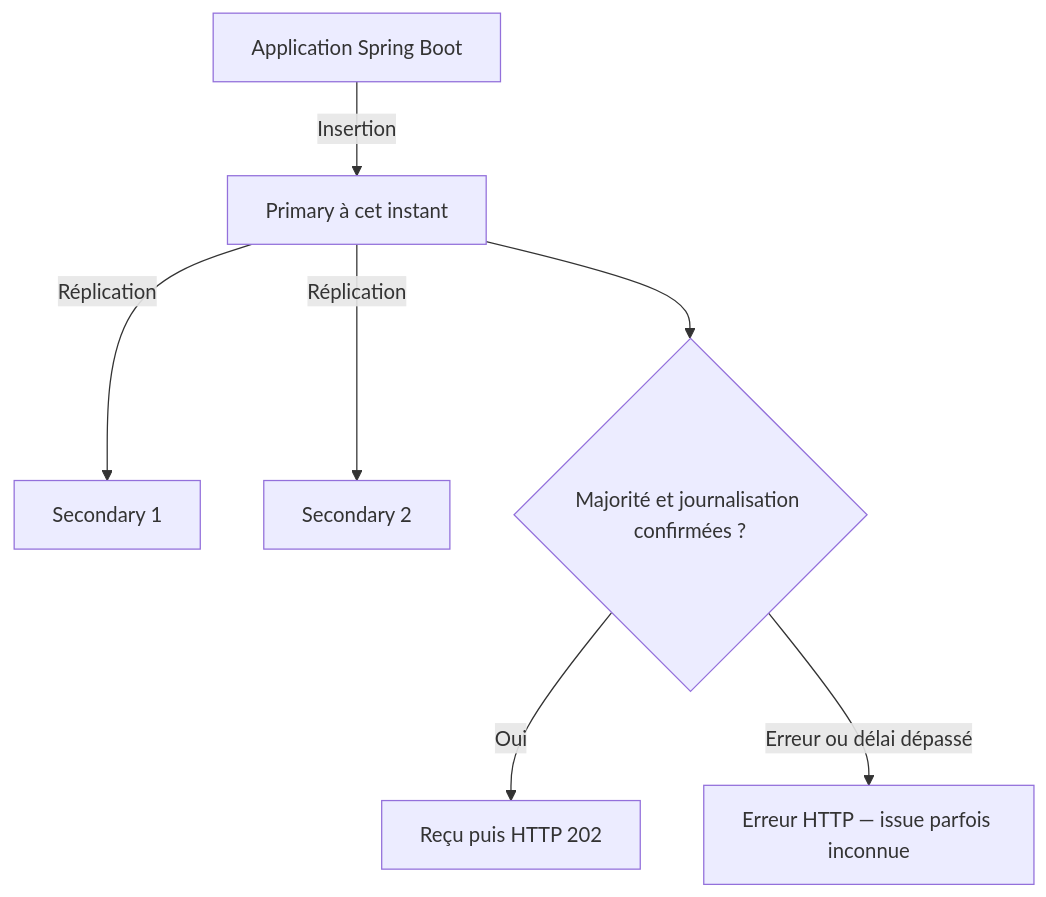
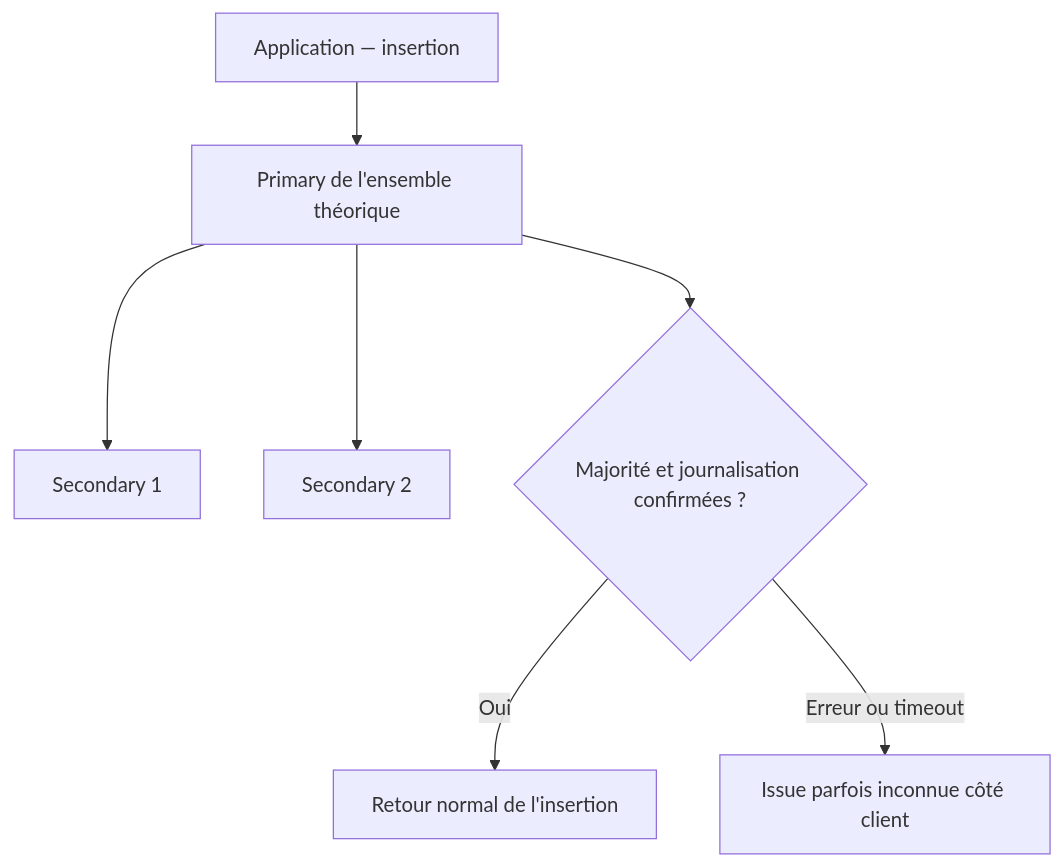
Before and after one commit to libileh91/conflux-lab: the diagram in notes/sprint-03/INT-10-complement-mongodb-replica-set.md, drawn with Mermaid. The commit also changed other lines of this file and 45 other files, not shown here.

````diff
--- a/notes/sprint-03/INT-10-complement-mongodb-replica-set.md
+++ b/notes/sprint-03/INT-10-complement-mongodb-replica-set.md
@@ -43,9 +37,9 @@
 ```mermaid
 flowchart TD
-    App[Application Spring Boot] -->|Insertion| P[Primary à cet instant]
-    P -->|Réplication| S1[Secondary 1]
-    P -->|Réplication| S2[Secondary 2]
+    App[Application — insertion] --> P[Primary de l'ensemble théorique]
+    P --> S1[Secondary 1]
+    P --> S2[Secondary 2]
     P --> Q{Majorité et journalisation confirmées ?}
-    Q -->|Oui| Recu[Reçu puis HTTP 202]
-    Q -->|Erreur ou délai dépassé| Erreur[Erreur HTTP — issue parfois inconnue]
+    Q -->|Oui| Suite[Retour normal de l'insertion]
+    Q -->|Erreur ou timeout| Incertain[Issue parfois inconnue côté client]
 ```
````
